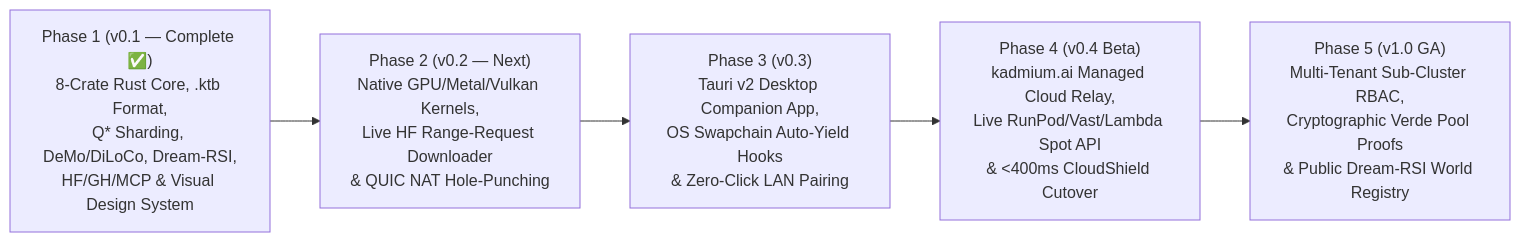
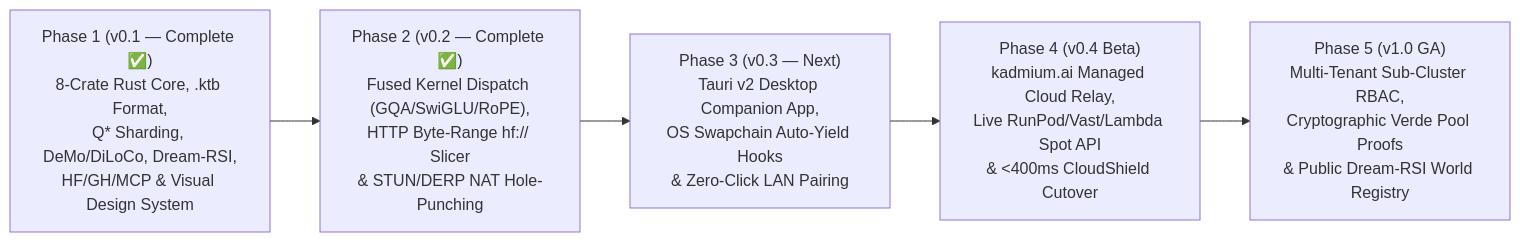
The diagram in docs/SPECSHEET_AND_ROADMAP.md (mESmaC/Kadmium), drawn with Mermaid before and after one commit. The commit also changed other lines of this file and 9 other files, not shown here.

Commit message:
Complete Phase 2 (v0.2): Fused kernel dispatch, HTTP byte-range Safetensors slicer, and STUN/DERP NAT traversal

````diff
--- a/docs/SPECSHEET_AND_ROADMAP.md
+++ b/docs/SPECSHEET_AND_ROADMAP.md
@@ -75,10 +75,10 @@
 ```mermaid
 flowchart LR
     P1["Phase 1 (v0.1 — Complete ✅)\n8-Crate Rust Core, .ktb Format,\nQ* Sharding, DeMo/DiLoCo, Dream-RSI,\nHF/GH/MCP & Visual Design System"]
-    P2["Phase 2 (v0.2 — Next)\nNative GPU/Metal/Vulkan Kernels,\nLive HF Range-Request Downloader\n& QUIC NAT Hole-Punching"]
-    P3["Phase 3 (v0.3)\nTauri v2 Desktop Companion App,\nOS Swapchain Auto-Yield Hooks\n& Zero-Click LAN Pairing"]
+    P2["Phase 2 (v0.2 — Complete ✅)\nFused Kernel Dispatch (GQA/SwiGLU/RoPE),\nHTTP Byte-Range hf:// Slicer\n& STUN/DERP NAT Hole-Punching"]
+    P3["Phase 3 (v0.3 — Next)\nTauri v2 Desktop Companion App,\nOS Swapchain Auto-Yield Hooks\n& Zero-Click LAN Pairing"]
     P4["Phase 4 (v0.4 Beta)\nkadmium.ai Managed Cloud Relay,\nLive RunPod/Vast/Lambda Spot API\n& <400ms CloudShield Cutover"]
     P5["Phase 5 (v1.0 GA)\nMulti-Tenant Sub-Cluster RBAC,\nCryptographic Verde Pool Proofs\n& Public Dream-RSI World Registry"]
 
     P1 --> P2 --> P3 --> P4 --> P5
 ```
````
